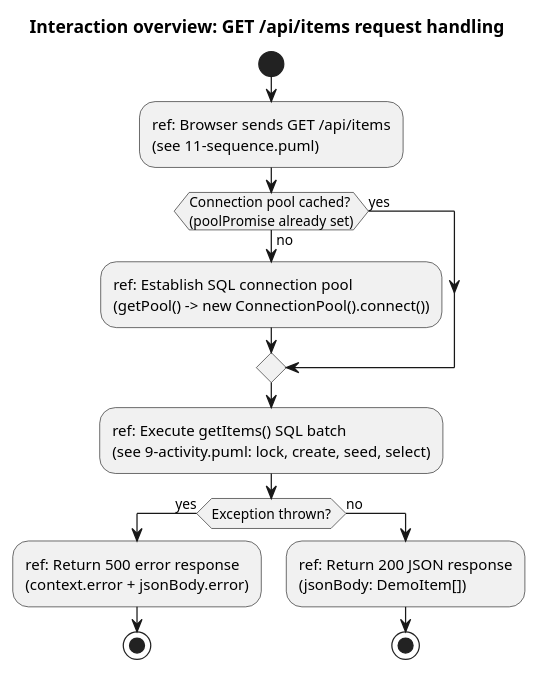
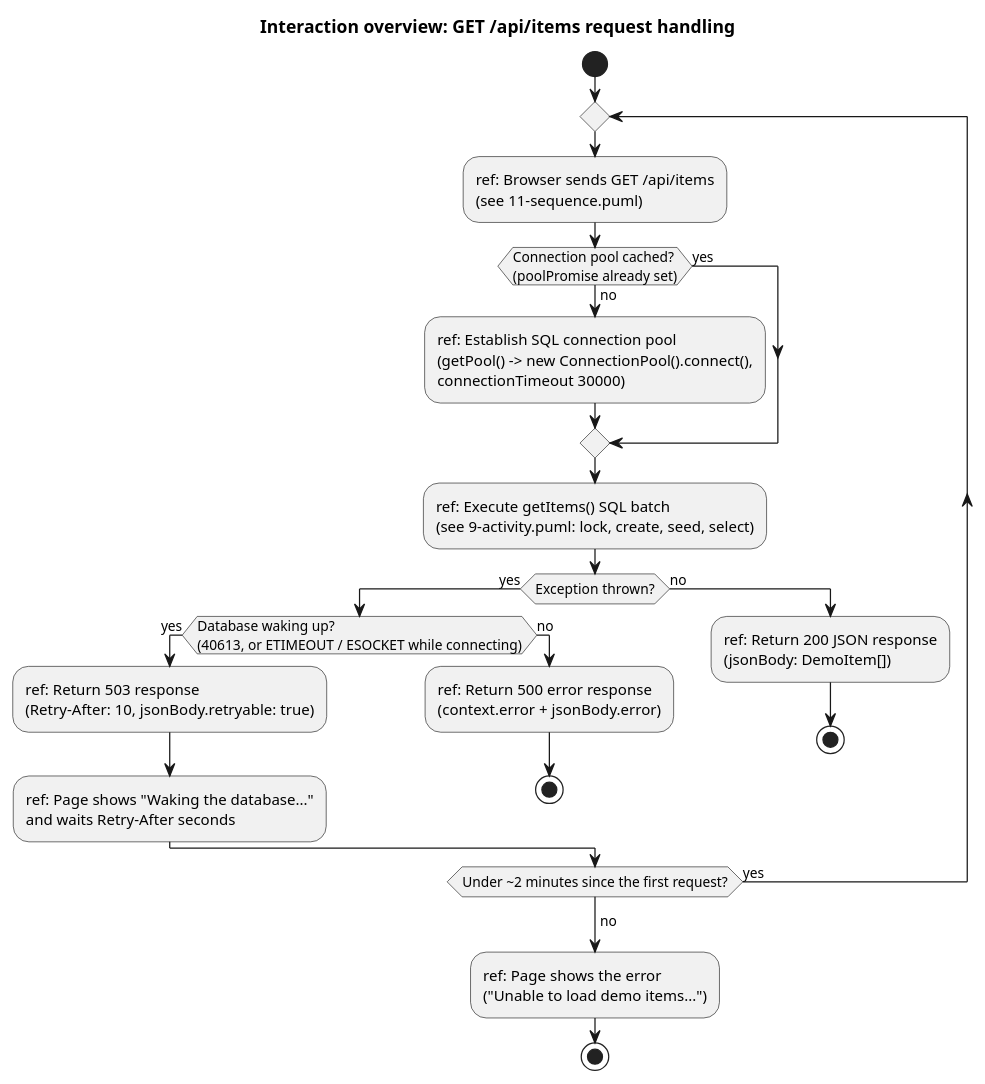
The diagram in uml/interaction/13-interaction-overview.puml (wolffy-au/frictionless-sample-azure), drawn with PlantUML before and after one commit. The commit also changed 8 other files, not shown here.

```diff
--- a/uml/interaction/13-interaction-overview.puml
+++ b/uml/interaction/13-interaction-overview.puml
@@ -1,19 +1,29 @@
 @startuml
 title Interaction overview: GET /api/items request handling
 
 start
-:ref: Browser sends GET /api/items\n(see 11-sequence.puml);
-if (Connection pool cached?\n(poolPromise already set)) then (no)
-  :ref: Establish SQL connection pool\n(getPool() -> new ConnectionPool().connect());
-else (yes)
-endif
-:ref: Execute getItems() SQL batch\n(see 9-activity.puml: lock, create, seed, select);
-if (Exception thrown?) then (yes)
-  :ref: Return 500 error response\n(context.error + jsonBody.error);
-  stop
-else (no)
-  :ref: Return 200 JSON response\n(jsonBody: DemoItem[]);
-  stop
-endif
+repeat
+  :ref: Browser sends GET /api/items\n(see 11-sequence.puml);
+  if (Connection pool cached?\n(poolPromise already set)) then (no)
+    :ref: Establish SQL connection pool\n(getPool() -> new ConnectionPool().connect(),\nconnectionTimeout 30000);
+  else (yes)
+  endif
+  :ref: Execute getItems() SQL batch\n(see 9-activity.puml: lock, create, seed, select);
+  if (Exception thrown?) then (yes)
+    if (Database waking up?\n(40613, or ETIMEOUT / ESOCKET while connecting)) then (yes)
+      :ref: Return 503 response\n(Retry-After: 10, jsonBody.retryable: true);
+      :ref: Page shows "Waking the database..."\nand waits Retry-After seconds;
+    else (no)
+      :ref: Return 500 error response\n(context.error + jsonBody.error);
+      stop
+    endif
+  else (no)
+    :ref: Return 200 JSON response\n(jsonBody: DemoItem[]);
+    stop
+  endif
+repeat while (Under ~2 minutes since the first request?) is (yes)
+->no;
+:ref: Page shows the error\n("Unable to load demo items...");
+stop
 
 @enduml
```
